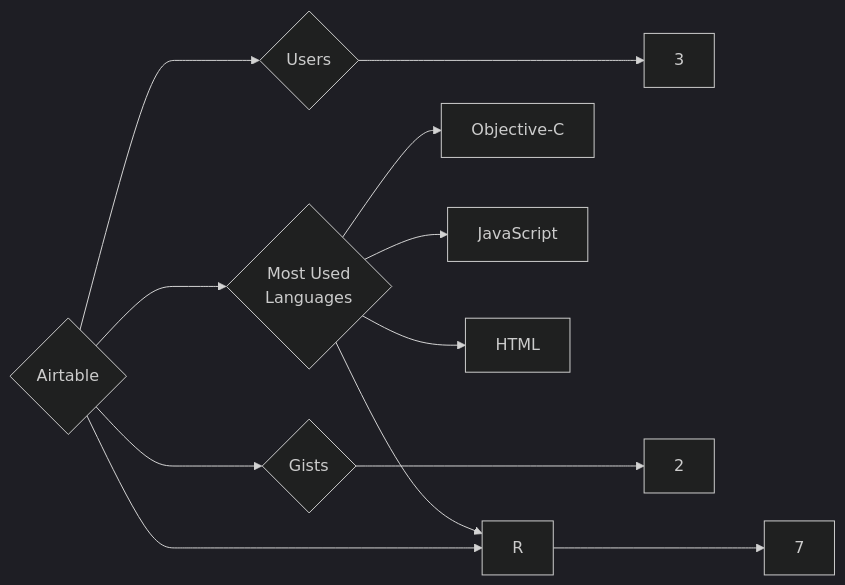
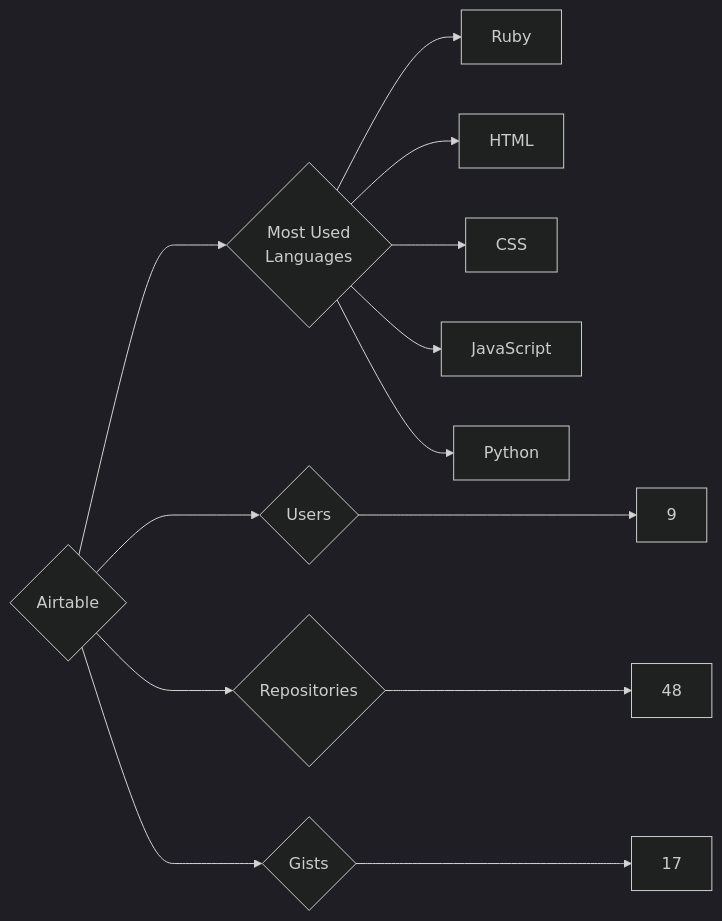
One commit to trickest/insiders changed the diagram in targets/Airtable/README.md. Above: the diagram before and after it, drawn with Mermaid (dark theme). The commit also changed 1092 other files, not shown here.

````diff
--- a/targets/Airtable/README.md
+++ b/targets/Airtable/README.md
@@ -3,12 +3,13 @@
 ```mermaid
 graph LR
 COMPANY_NAME{Airtable}
-COMPANY_NAME ---> U{Users} ---> UN[3]
-COMPANY_NAME ---> R{Repositories} ---> RN[7]
-COMPANY_NAME ---> G{Gists} ---> GN[2]
+COMPANY_NAME ---> U{Users} ---> UN[9]
+COMPANY_NAME ---> R{Repositories} ---> RN[48]
+COMPANY_NAME ---> G{Gists} ---> GN[17]
 COMPANY_NAME ---> ML{Most Used<br>Languages}
-ML --> Objective-C[Objective-C]
-ML --> R[R]
+ML --> Ruby[Ruby]
+ML --> HTML[HTML]
+ML --> CSS[CSS]
 ML --> JavaScript[JavaScript]
-ML --> HTML[HTML]
+ML --> Python[Python]
 ```
````
